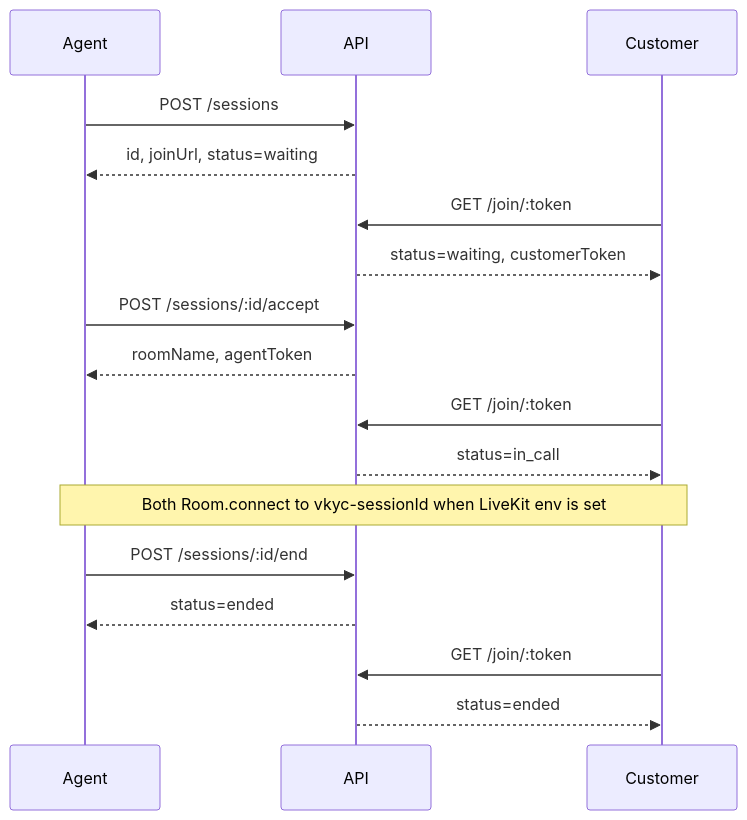
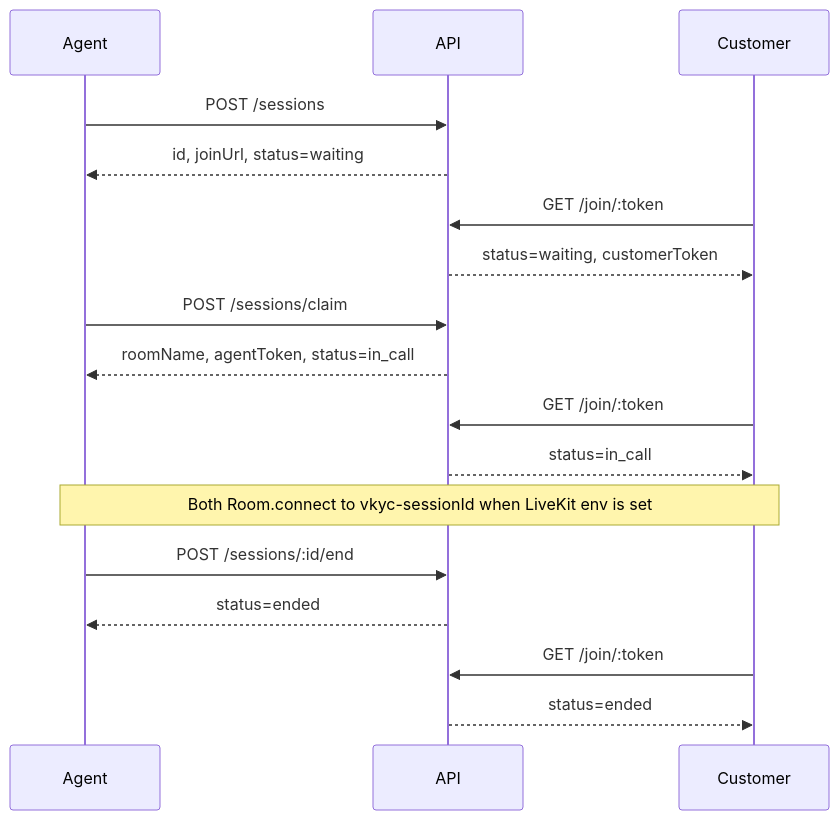
Before and after one commit to romin991/video-kyc-poc: the diagram in README.md, drawn with Mermaid. The commit also changed other lines of this file and 13 other files, not shown here.

First line of the commit message:
Wave 2: agent waiting queue and claim

````diff
--- a/README.md
+++ b/README.md
@@ -105,19 +108,19 @@
 ```mermaid
 sequenceDiagram
   participant Agent
   participant API
   participant Customer
   Agent->>API: POST /sessions
   API-->>Agent: id, joinUrl, status=waiting
   Customer->>API: GET /join/:token
   API-->>Customer: status=waiting, customerToken
-  Agent->>API: POST /sessions/:id/accept
-  API-->>Agent: roomName, agentToken
+  Agent->>API: POST /sessions/claim
+  API-->>Agent: roomName, agentToken, status=in_call
   Customer->>API: GET /join/:token
   API-->>Customer: status=in_call
   Note over Agent,Customer: Both Room.connect to vkyc-sessionId when LiveKit env is set
   Agent->>API: POST /sessions/:id/end
   API-->>Agent: status=ended
   Customer->>API: GET /join/:token
   API-->>Customer: status=ended
 ```
````
